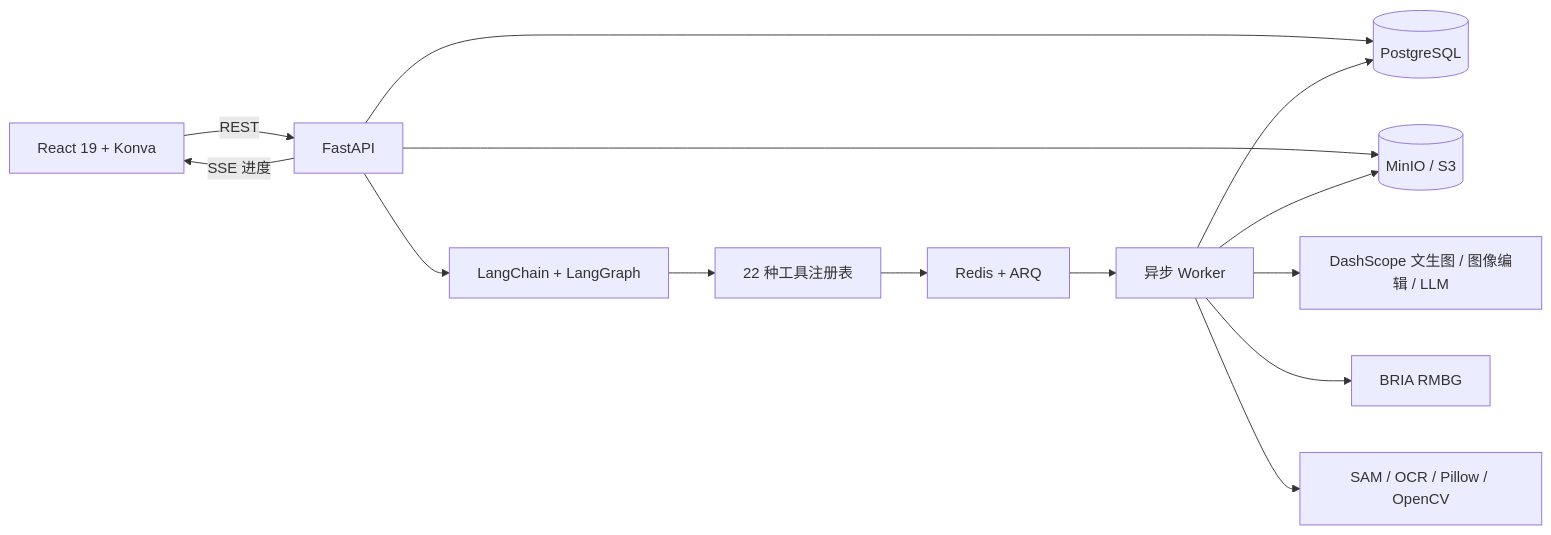
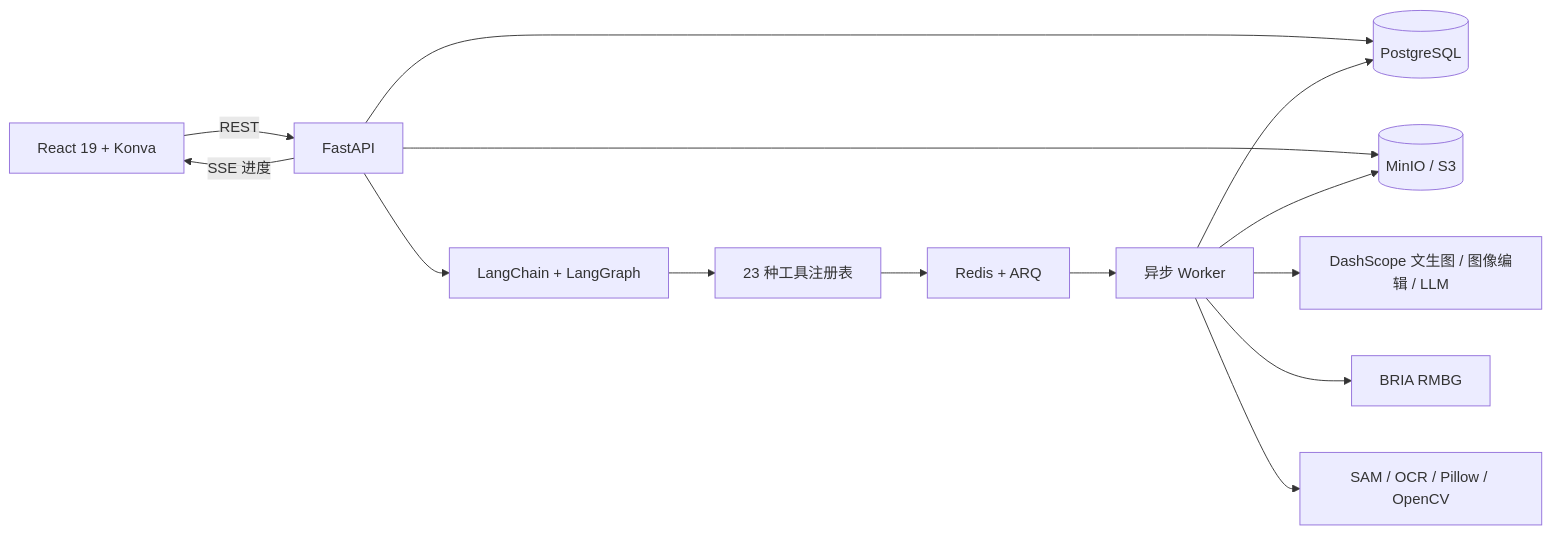
The diagram in README.md (Jan-mx/VisionDesk), drawn with Mermaid before and after one commit. The commit also changed other lines of this file and 6 other files, not shown here.

````diff
--- a/README.md
+++ b/README.md
@@ -75,18 +75,18 @@
 ```mermaid
 flowchart LR
     Browser[React 19 + Konva] -->|REST| API[FastAPI]
     API -->|SSE 进度| Browser
     API --> Agent[LangChain + LangGraph]
-    Agent --> Registry[22 种工具注册表]
+    Agent --> Registry[23 种工具注册表]
     Registry --> Queue[Redis + ARQ]
     Queue --> Worker[异步 Worker]
 
     API --> PostgreSQL[(PostgreSQL)]
     API --> MinIO[(MinIO / S3)]
     Worker --> PostgreSQL
     Worker --> MinIO
 
     Worker --> DashScope[DashScope 文生图 / 图像编辑 / LLM]
     Worker --> BRIA[BRIA RMBG]
     Worker --> CV[SAM / OCR / Pillow / OpenCV]
 ```
````
